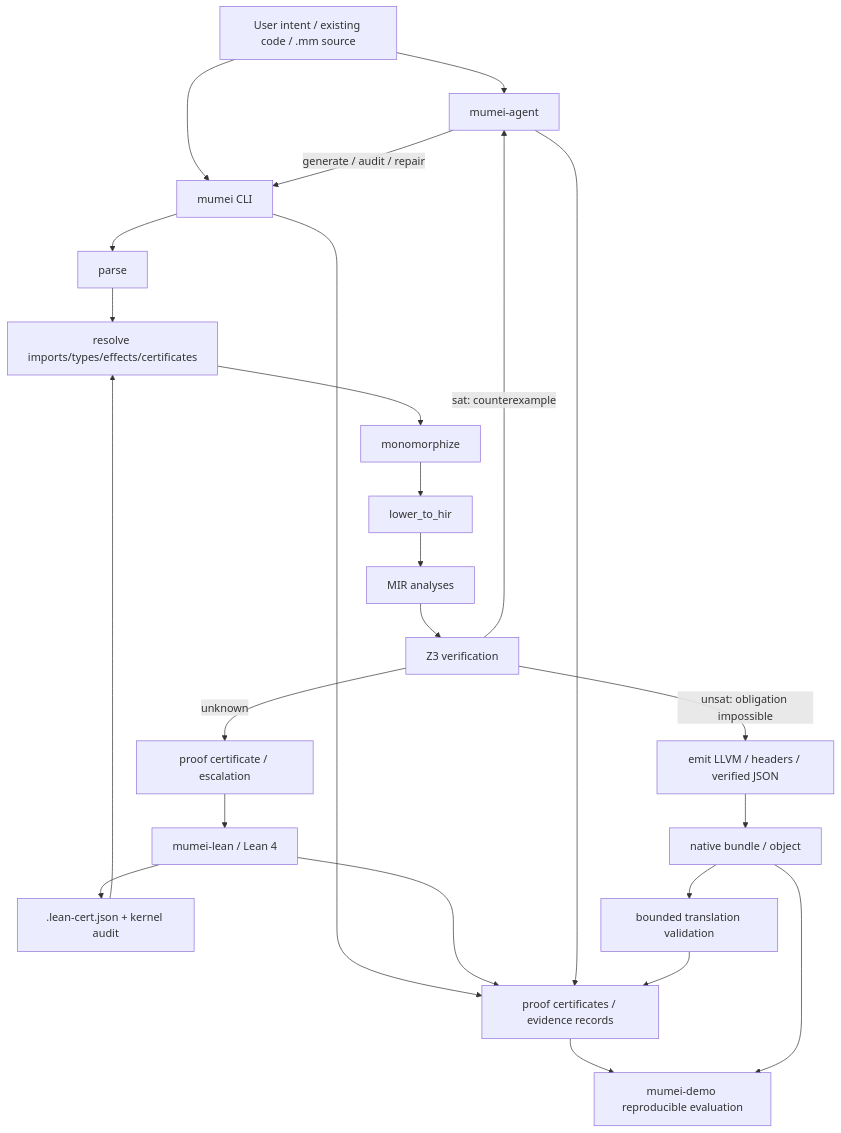
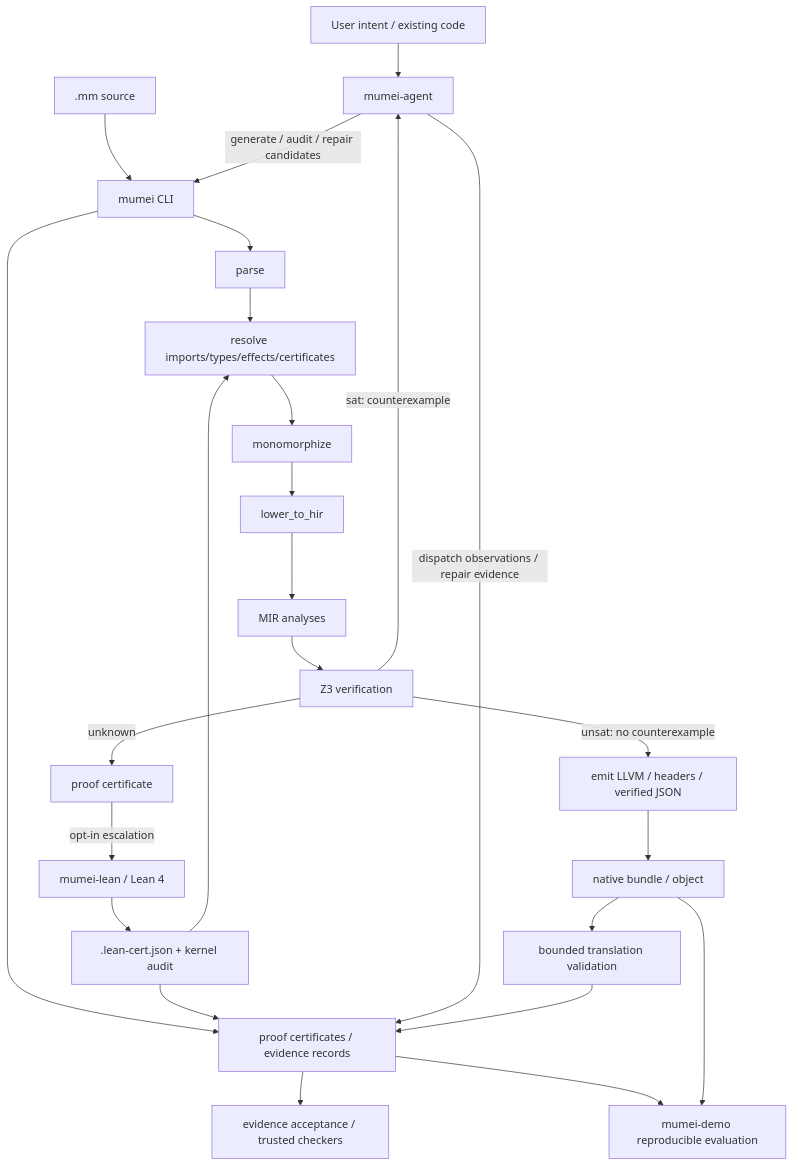
One commit to mumei-lang/mumei changed the second of 4 diagrams in paper/index.md. Above: the diagram before and after it, drawn with Mermaid. The commit also changed other lines of this file and 3 other files, not shown here.

````diff
--- a/paper/index.md
+++ b/paper/index.md
@@ -130,26 +131,27 @@
 ```mermaid
 flowchart TD
-    User["User intent / existing code / .mm source"] --> Agent["mumei-agent"]
-    User --> CLI["mumei CLI"]
-    Agent -->|generate / audit / repair| CLI
+    User["User intent / existing code"] --> Agent["mumei-agent"]
+    MM[".mm source"] --> CLI["mumei CLI"]
+    Agent -->|generate / audit / repair candidates| CLI
     CLI --> Parser["parse"]
     Parser --> Resolver["resolve imports/types/effects/certificates"]
     Resolver --> Mono["monomorphize"]
     Mono --> HIR["lower_to_hir"]
     HIR --> MIR["MIR analyses"]
     MIR --> Z3["Z3 verification"]
-    Z3 -->|unsat: obligation impossible| Emit["emit LLVM / headers / verified JSON"]
+    Z3 -->|unsat: no counterexample| Emit["emit LLVM / headers / verified JSON"]
     Z3 -->|sat: counterexample| Agent
-    Z3 -->|unknown| Cert["proof certificate / escalation"]
-    Cert --> Lean["mumei-lean / Lean 4"]
+    Z3 -->|unknown| Cert["proof certificate"]
+    Cert -->|opt-in escalation| Lean["mumei-lean / Lean 4"]
     Lean --> LeanCert[".lean-cert.json + kernel audit"]
     LeanCert --> Resolver
     Emit --> Native["native bundle / object"]
     Native --> TV["bounded translation validation"]
     CLI --> Evidence["proof certificates / evidence records"]
-    Lean --> Evidence
-    Agent --> Evidence
+    LeanCert --> Evidence
+    Agent -->|dispatch observations / repair evidence| Evidence
     TV --> Evidence
+    Evidence --> Acceptance["evidence acceptance / trusted checkers"]
     Evidence --> Demo["mumei-demo reproducible evaluation"]
     Native --> Demo
 ```
````
